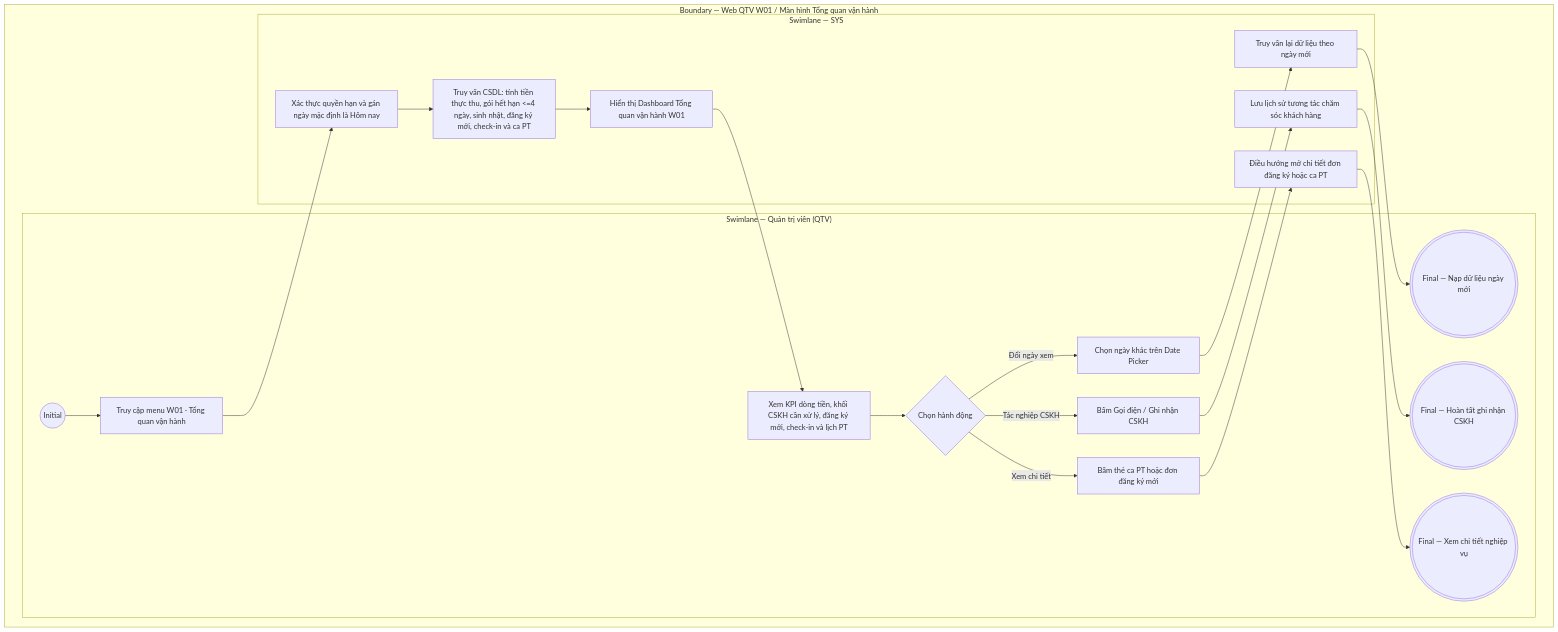
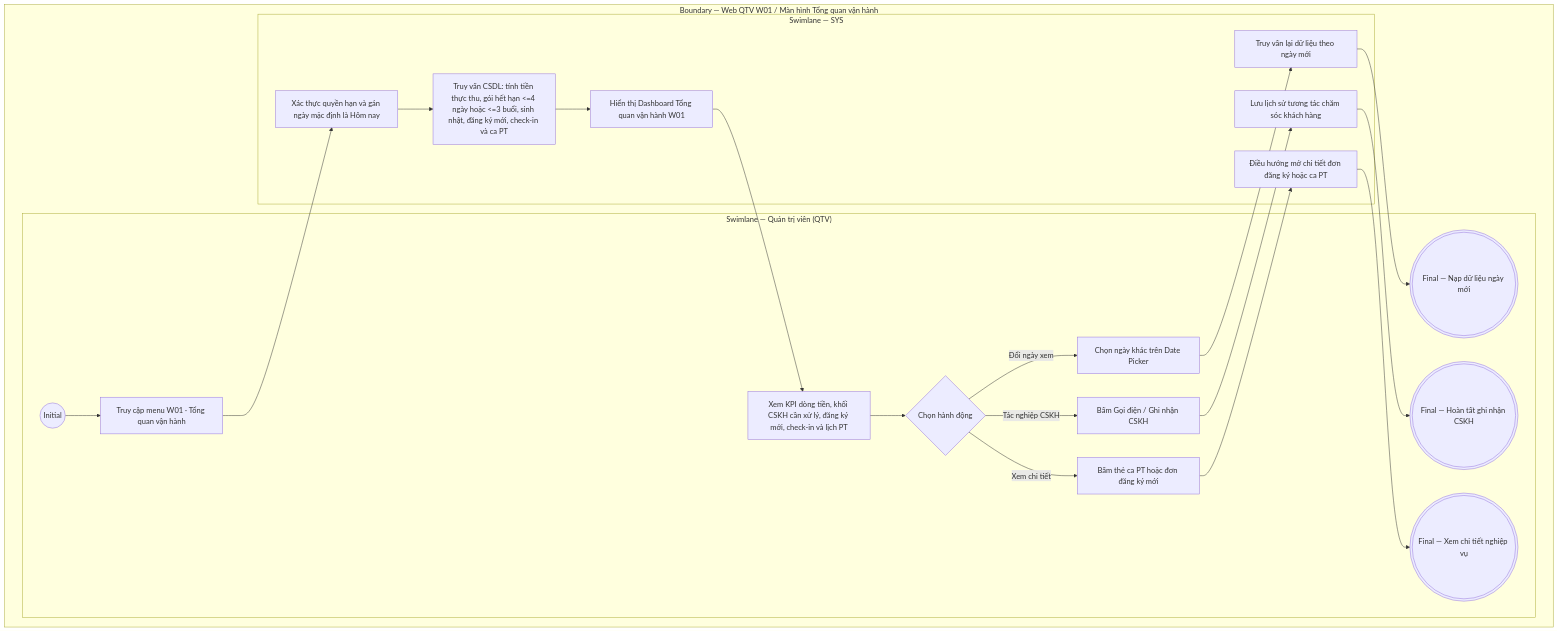
One commit to ThachY-23120411/Paradise-Gym-v2 changed the diagram in docs/user-stories/qtv/QTV-W01-Tổng quan vận hành/QTV-W01-US01-Xem tổng quan vận hành.md. Above: the diagram before and after it, drawn with Mermaid. The commit also changed other lines of this file and 2325 other files, not shown here.

````diff
--- a/docs/user-stories/qtv/QTV-W01-Tổng quan vận hành/QTV-W01-US01-Xem tổng quan vận hành.md
+++ b/docs/user-stories/qtv/QTV-W01-Tổng quan vận hành/QTV-W01-US01-Xem tổng quan vận hành.md
@@ -74,33 +77,33 @@
 ```mermaid
 flowchart TB
   subgraph B["Boundary — Web QTV W01 / Màn hình Tổng quan vận hành"]
     subgraph L0["Swimlane — Quản trị viên (QTV)"]
       I01(("Initial"))
       A01["Truy cập menu W01 · Tổng quan vận hành"]
       A02["Xem KPI dòng tiền, khối CSKH cần xử lý, đăng ký mới, check-in và lịch PT"]
       A03{"Chọn hành động"}
       A04["Chọn ngày khác trên Date Picker"]
       A05["Bấm Gọi điện / Ghi nhận CSKH"]
       A06["Bấm thẻ ca PT hoặc đơn đăng ký mới"]
       F01((("Final — Nạp dữ liệu ngày mới")))
       F02((("Final — Hoàn tất ghi nhận CSKH")))
       F03((("Final — Xem chi tiết nghiệp vụ")))
     end
 
     subgraph L1["Swimlane — SYS"]
       S01["Xác thực quyền hạn và gán ngày mặc định là Hôm nay"]
-      S02["Truy vấn CSDL: tính tiền thực thu, gói hết hạn <=4 ngày, sinh nhật, đăng ký mới, check-in và ca PT"]
+      S02["Truy vấn CSDL: tính tiền thực thu, gói hết hạn <=4 ngày hoặc <=3 buổi, sinh nhật, đăng ký mới, check-in và ca PT"]
       S03["Hiển thị Dashboard Tổng quan vận hành W01"]
       S04["Truy vấn lại dữ liệu theo ngày mới"]
       S05["Lưu lịch sử tương tác chăm sóc khách hàng"]
       S06["Điều hướng mở chi tiết đơn đăng ký hoặc ca PT"]
 
       I01 --> A01
       A01 --> S01 --> S02 --> S03 --> A02
       A02 --> A03
       A03 -->|Đổi ngày xem| A04 --> S04 --> F01
       A03 -->|Tác nghiệp CSKH| A05 --> S05 --> F02
       A03 -->|Xem chi tiết| A06 --> S06 --> F03
     end
   end
 ```
````
